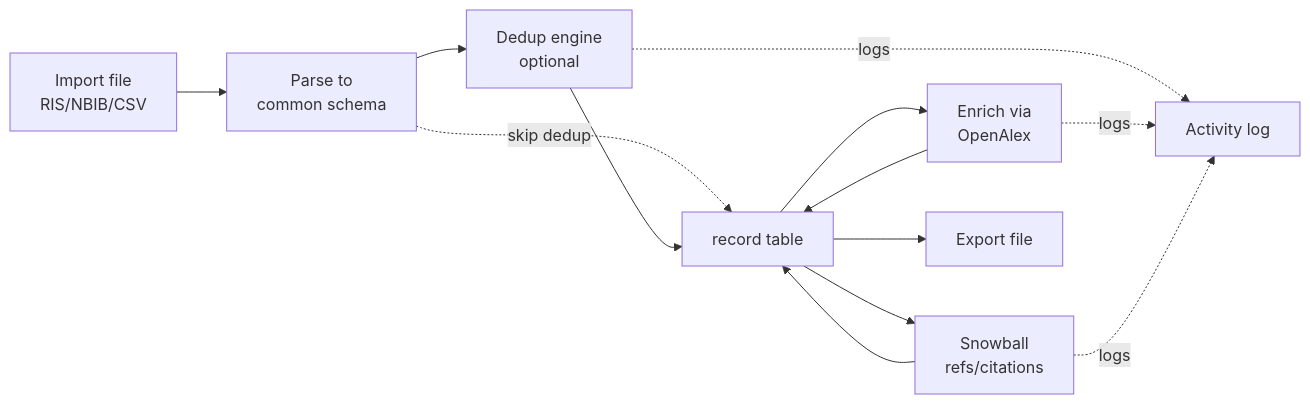
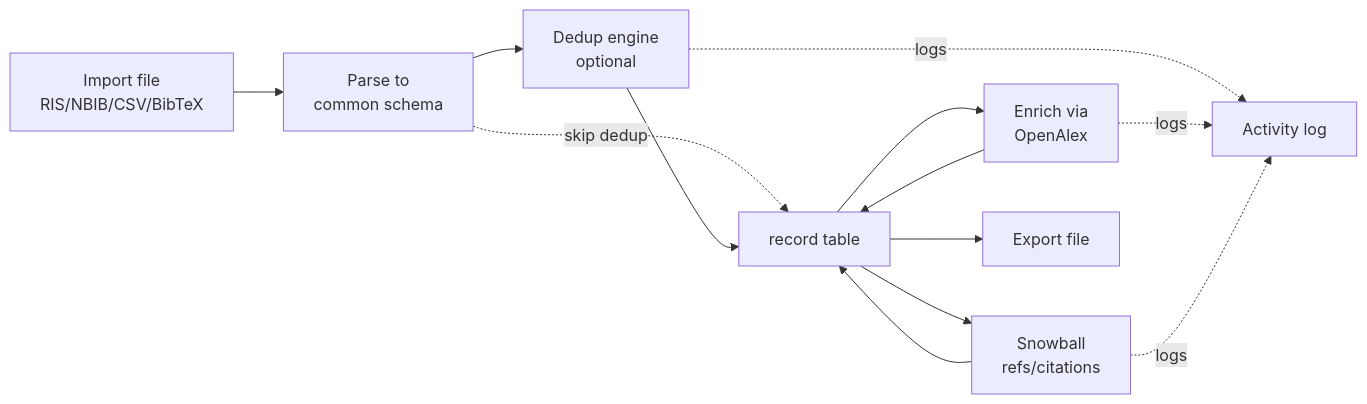
Before and after one commit to EmilyWes/srdatatools: the diagram in design_document.md, drawn with Mermaid. The commit also changed other lines of this file and 10 other files, not shown here.

````diff
--- a/design_document.md
+++ b/design_document.md
@@ -127,15 +129,15 @@
 ```mermaid
 flowchart LR
-  A[Import file<br/>RIS/NBIB/CSV] --> B[Parse to<br/>common schema]
+  A[Import file<br/>RIS/NBIB/CSV/BibTeX] --> B[Parse to<br/>common schema]
   B --> C[Dedup engine<br/>optional]
   B -.skip dedup.-> D[record table]
   C --> D
   D --> E[Enrich via<br/>OpenAlex]
   D --> F[Snowball<br/>refs/citations]
   E --> D
   F --> D
   D --> G[Export file]
   C -.logs.-> H[Activity log]
   E -.logs.-> H
   F -.logs.-> H
 ```
````
